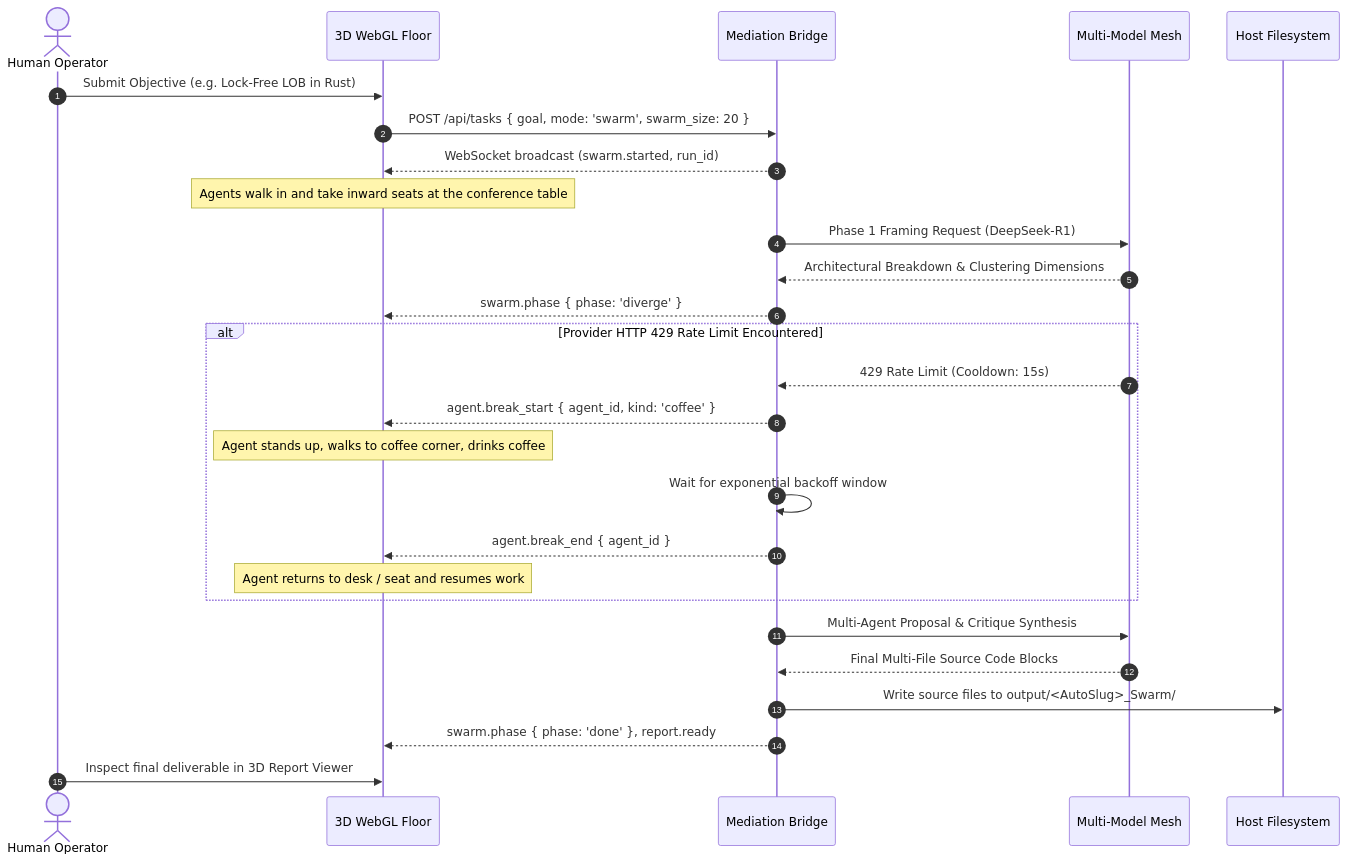
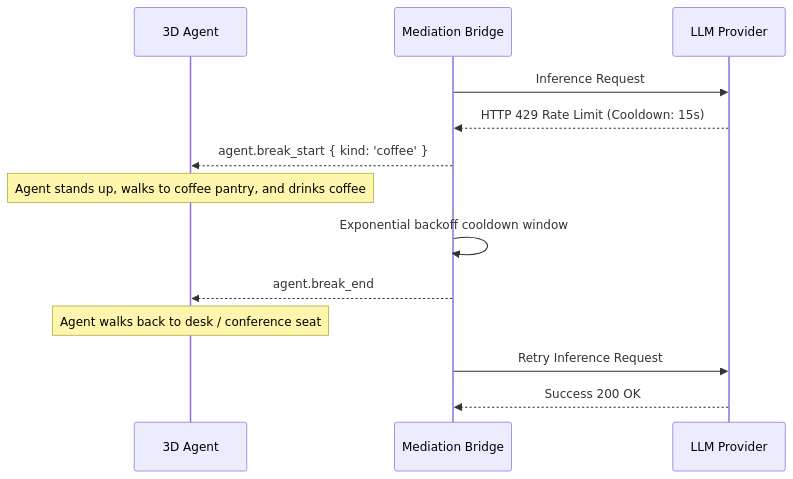
Before and after one commit to atharv1909/BenchMates: the third of 3 diagrams in README.md, drawn with Mermaid. The commit also changed other lines of this file, not shown here.

Commit message:
docs: streamline README, remove comparison table and video thumbnail

````diff
--- a/README.md
+++ b/README.md
@@ -175,32 +120,16 @@
 ```mermaid
 sequenceDiagram
-    autonumber
-    actor User as Human Operator
-    participant UI as 3D WebGL Floor
+    participant Agent as 3D Agent
     participant Bridge as Mediation Bridge
-    participant LLM as Multi-Model Mesh
-    participant Disk as Host Filesystem
+    participant API as LLM Provider
 
-    User->>UI: Submit Objective (e.g. Lock-Free LOB in Rust)
-    UI->>Bridge: POST /api/tasks { goal, mode: 'swarm', swarm_size: 20 }
-    Bridge-->>UI: WebSocket broadcast (swarm.started, run_id)
-    Note over UI: Agents walk in and take inward seats at the conference table
-    Bridge->>LLM: Phase 1 Framing Request (DeepSeek-R1)
-    LLM-->>Bridge: Architectural Breakdown & Clustering Dimensions
-    Bridge-->>UI: swarm.phase { phase: 'diverge' }
-    
-    alt Provider HTTP 429 Rate Limit Encountered
-        LLM-->>Bridge: 429 Rate Limit (Cooldown: 15s)
-        Bridge-->>UI: agent.break_start { agent_id, kind: 'coffee' }
-        Note over UI: Agent stands up, walks to coffee corner, drinks coffee
-        Bridge->>Bridge: Wait for exponential backoff window
-        Bridge-->>UI: agent.break_end { agent_id }
-        Note over UI: Agent returns to desk / seat and resumes work
-    end
-
-    Bridge->>LLM: Multi-Agent Proposal & Critique Synthesis
-    LLM-->>Bridge: Final Multi-File Source Code Blocks
-    Bridge->>Disk: Write source files to output/<AutoSlug>_Swarm/
-    Bridge-->>UI: swarm.phase { phase: 'done' }, report.ready
-    User->>UI: Inspect final deliverable in 3D Report Viewer
+    Bridge->>API: Inference Request
+    API-->>Bridge: HTTP 429 Rate Limit (Cooldown: 15s)
+    Bridge-->>Agent: agent.break_start { kind: 'coffee' }
+    Note over Agent: Agent stands up, walks to coffee pantry, and drinks coffee
+    Bridge->>Bridge: Exponential backoff cooldown window
+    Bridge-->>Agent: agent.break_end
+    Note over Agent: Agent walks back to desk / conference seat
+    Bridge->>API: Retry Inference Request
+    API-->>Bridge: Success 200 OK
 ```
````
